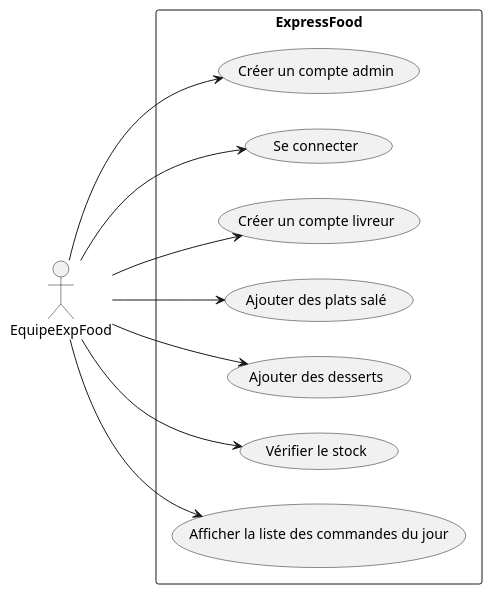
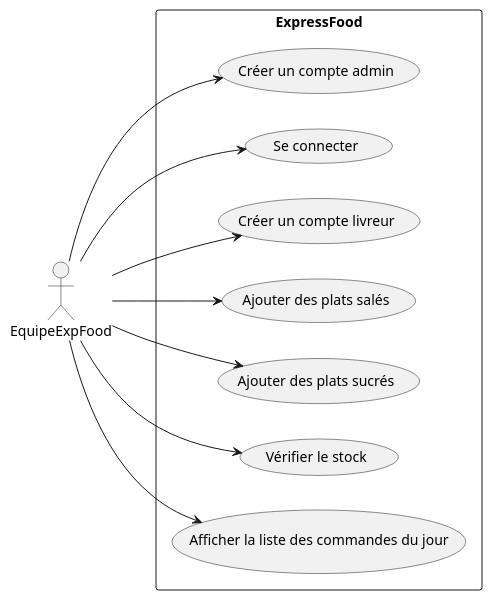
The diagram in UseCase/EquipeExpFood.puml (laurasullyalexandrine/expressfood), drawn with PlantUML before and after one commit. The commit also changed 9 other files, not shown here.

```diff
--- a/UseCase/EquipeExpFood.puml
+++ b/UseCase/EquipeExpFood.puml
@@ -2,27 +2,27 @@
 @startuml EquipeExpFood
 
 left to right direction
 
 actor "EquipeExpFood" as EquipeExpFood
 
 rectangle ExpressFood {
   usecase "Créer un compte admin" as UC1
   usecase "Se connecter" as UC2
   usecase "Créer un compte livreur" as UC3
-  usecase "Ajouter des plats salé" as UC4
-  usecase "Ajouter des desserts" as UC5
+  usecase "Ajouter des plats salés" as UC4
+  usecase "Ajouter des plats sucrés" as UC5
   usecase "Vérifier le stock" as UC6
   usecase "Afficher la liste des commandes du jour" as UC7
 }
 
 EquipeExpFood --> UC1
 EquipeExpFood --> UC2
 EquipeExpFood --> UC3
 EquipeExpFood --> UC4
 EquipeExpFood --> UC5
 EquipeExpFood --> UC6
 EquipeExpFood --> UC7
 
 
 
 @enduml
```
